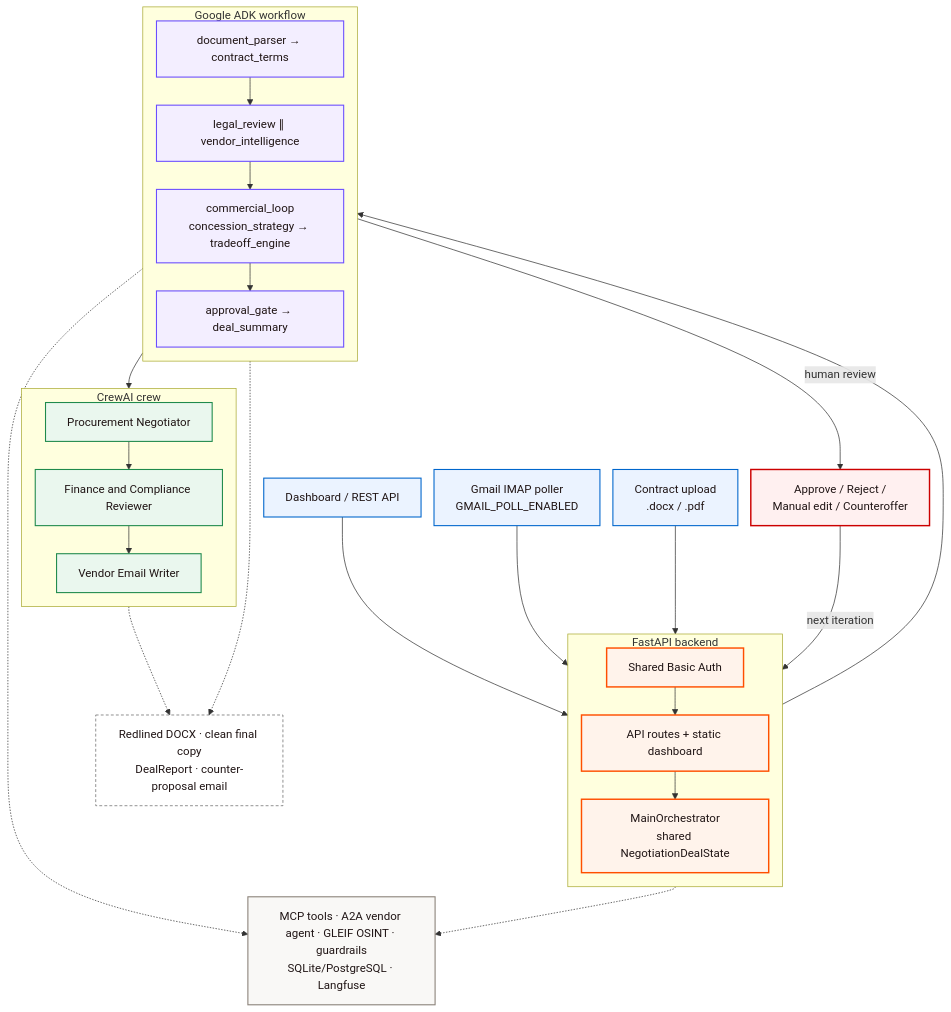
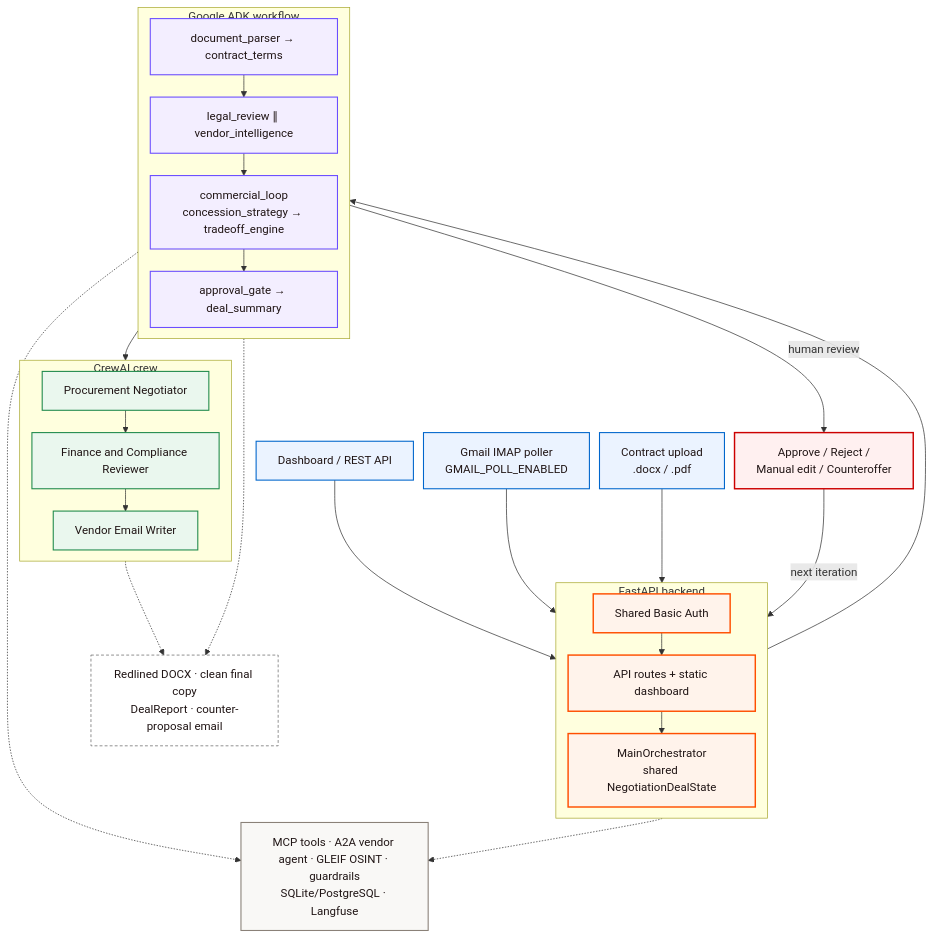
Before and after one commit to sjreal/RedLiner: the diagram in docs/diagrams/architecture.mmd, drawn with Mermaid. The commit also changed 11 other files, not shown here.

Commit message:
docs: tighten vertical spacing in diagrams

```diff
--- a/docs/diagrams/architecture.mmd
+++ b/docs/diagrams/architecture.mmd
@@ -1,55 +1,55 @@
-%%{init: {"flowchart": {"nodeSpacing": 18, "rankSpacing": 14, "diagramPadding": 4, "curve": "basis"}}}%%
+%%{init: {"flowchart": {"nodeSpacing": 14, "rankSpacing": 6, "diagramPadding": 2, "curve": "basis"}}}%%
 flowchart TD
     classDef entry fill:#EBF3FF,stroke:#0066CC,stroke-width:1.5px,color:#201515;
     classDef app fill:#FFF3EB,stroke:#FF4F00,stroke-width:2px,color:#201515;
     classDef adk fill:#F3EEFF,stroke:#6B4EFF,stroke-width:1.5px,color:#201515;
     classDef crew fill:#EAF7EE,stroke:#1F8A4C,stroke-width:1.5px,color:#201515;
     classDef tool fill:#F9F8F6,stroke:#8A8178,stroke-width:1.5px,color:#201515;
     classDef out fill:#FFFFFF,stroke:#666666,stroke-dasharray: 4 3,color:#201515;
     classDef hitl fill:#FFF0F0,stroke:#CC0000,stroke-width:2px,color:#201515;
 
     UI["Dashboard / REST API"]:::entry
     Gmail["Gmail IMAP poller<br/>GMAIL_POLL_ENABLED"]:::entry
     Upload["Contract upload<br/>.docx / .pdf"]:::entry
 
     subgraph App["FastAPI backend"]
         direction TB
         Auth["Shared Basic Auth"]:::app
         API["API routes + static dashboard"]:::app
         Orchestrator["MainOrchestrator<br/>shared NegotiationDealState"]:::app
     end
 
     subgraph ADK["Google ADK workflow"]
         direction TB
         Parse["document_parser → contract_terms"]:::adk
         Review["legal_review ∥ vendor_intelligence"]:::adk
         Commercial["commercial_loop<br/>concession_strategy → tradeoff_engine"]:::adk
         Gate["approval_gate → deal_summary"]:::adk
     end
 
     subgraph Crew["CrewAI crew"]
         direction TB
         Procurement["Procurement Negotiator"]:::crew
         Finance["Finance and Compliance Reviewer"]:::crew
         Email["Vendor Email Writer"]:::crew
     end
 
     Services["MCP tools · A2A vendor agent · GLEIF OSINT · guardrails<br/>SQLite/PostgreSQL · Langfuse"]:::tool
     Artifacts["Redlined DOCX · clean final copy<br/>DealReport · counter-proposal email"]:::out
     HITL["Approve / Reject /<br/>Manual edit / Counteroffer"]:::hitl
 
     UI --> Auth
     Gmail --> API
     Upload --> API
     Auth --> API --> Orchestrator
 
     Orchestrator --> Parse
     Parse --> Review --> Commercial --> Gate
     Gate --> Procurement --> Finance --> Email
 
     Orchestrator -.-> Services
     Review -.-> Services
     Email -.-> Artifacts
     Review -.-> Artifacts
     Gate -->|human review| HITL
     HITL -->|next iteration| Orchestrator
```
